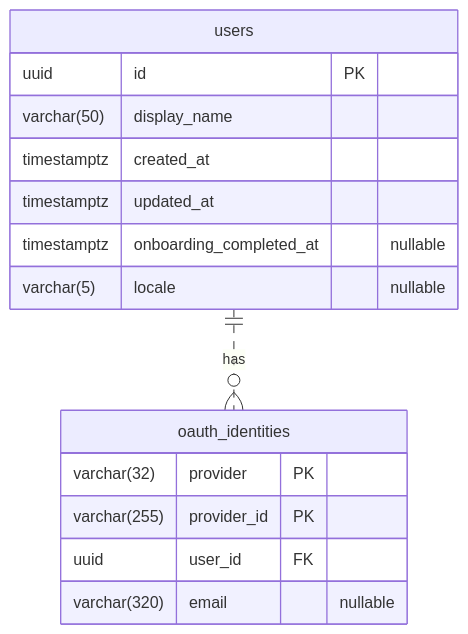
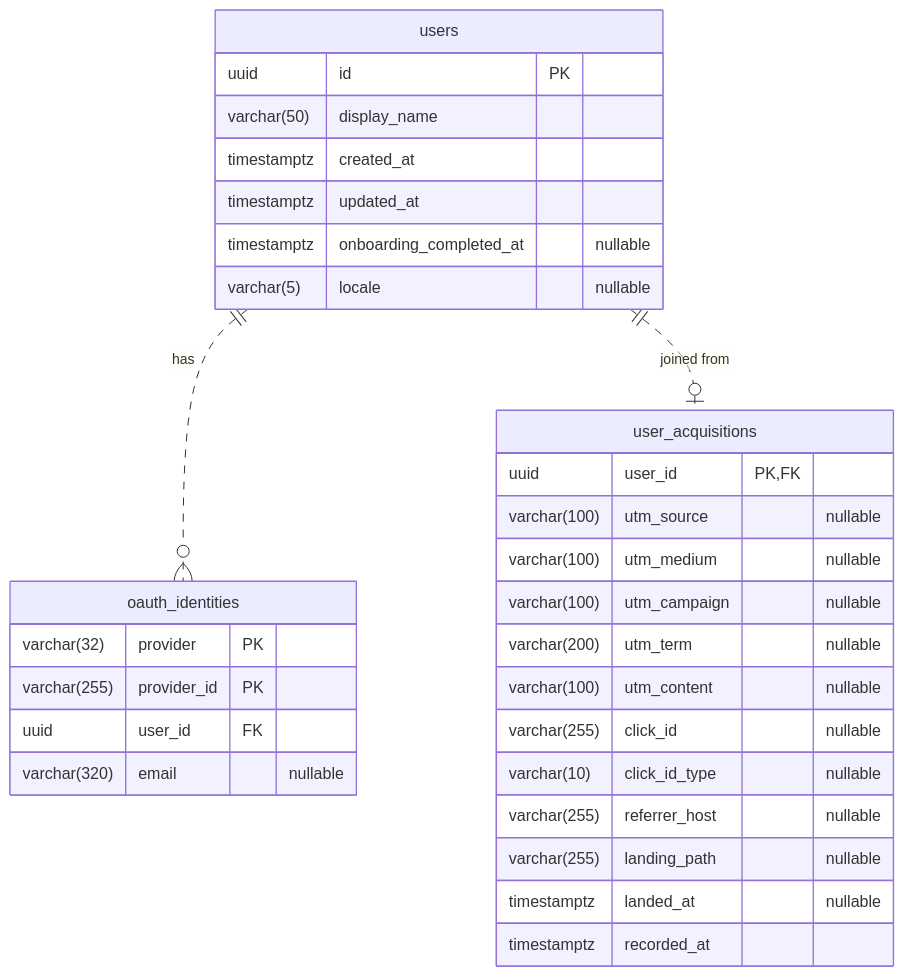
Before and after one commit to soma-lorekeeper/loresentry-authentication: the diagram in docs/account/AUTH_ERD.md, drawn with Mermaid. The commit also changed other lines of this file and 14 other files, not shown here.

````diff
--- a/docs/account/AUTH_ERD.md
+++ b/docs/account/AUTH_ERD.md
@@ -22,20 +22,36 @@
 ```mermaid
 erDiagram
     users ||..o{ oauth_identities : has
+    users ||..o| user_acquisitions : "joined from"
 
     users {
         uuid id PK
         varchar(50) display_name
         timestamptz created_at
         timestamptz updated_at
         timestamptz onboarding_completed_at "nullable"
         varchar(5) locale "nullable"
     }
 
     oauth_identities {
         varchar(32) provider PK
         varchar(255) provider_id PK
         uuid user_id FK
         varchar(320) email "nullable"
     }
+
+    user_acquisitions {
+        uuid user_id PK, FK
+        varchar(100) utm_source "nullable"
+        varchar(100) utm_medium "nullable"
+        varchar(100) utm_campaign "nullable"
+        varchar(200) utm_term "nullable"
+        varchar(100) utm_content "nullable"
+        varchar(255) click_id "nullable"
+        varchar(10) click_id_type "nullable"
+        varchar(255) referrer_host "nullable"
+        varchar(255) landing_path "nullable"
+        timestamptz landed_at "nullable"
+        timestamptz recorded_at
+    }
 ```
````
